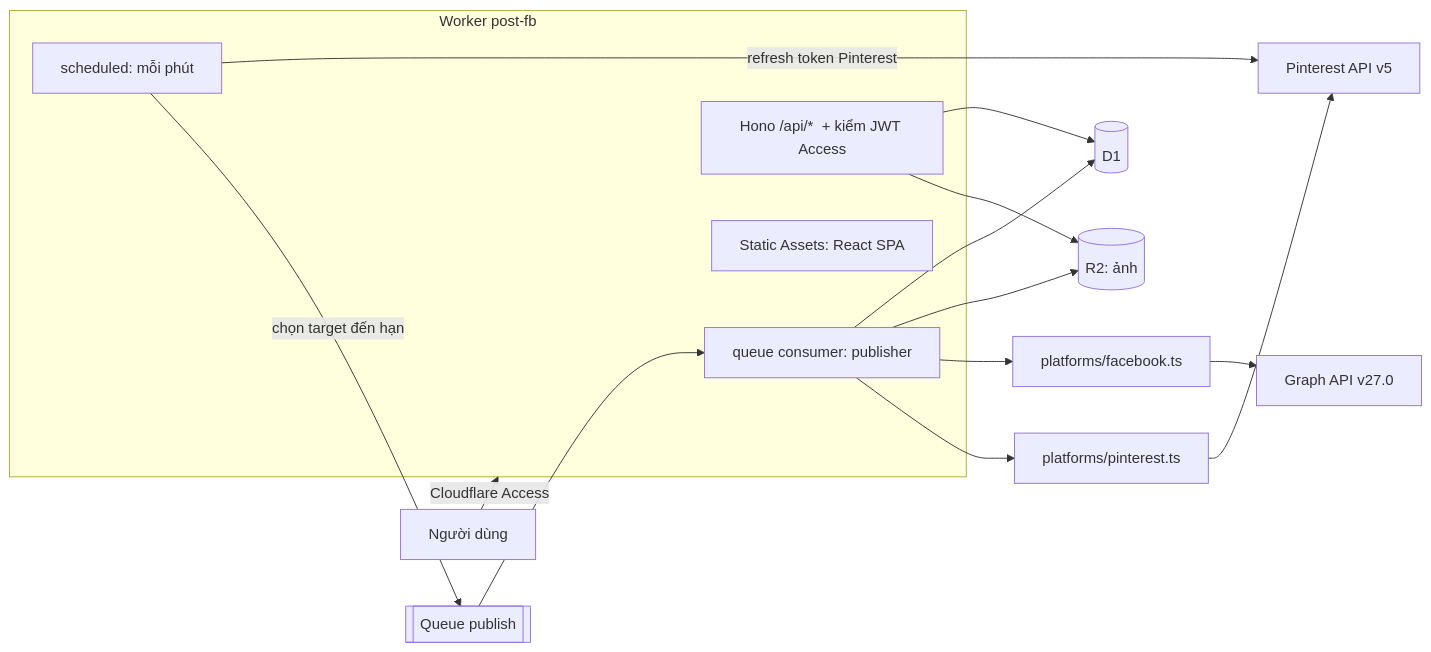
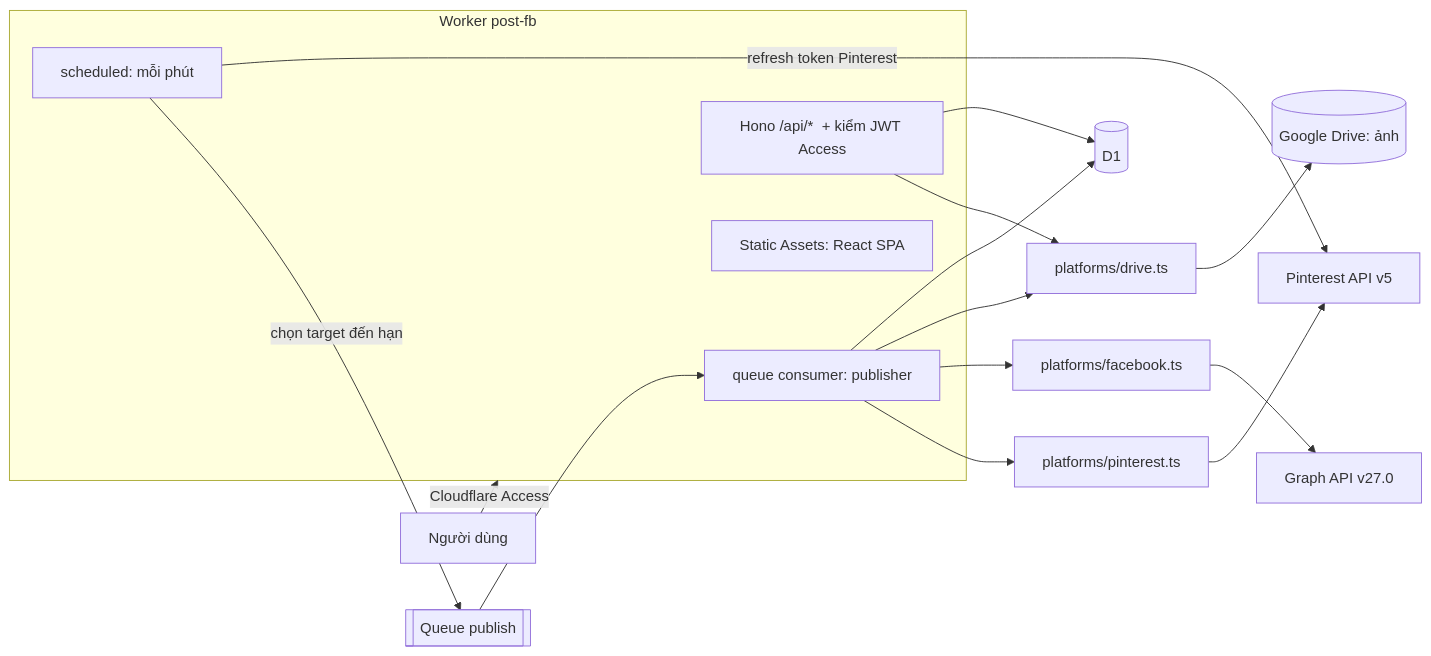
The first of 2 diagrams in PLAN.md (bina4404/post-fb), drawn with Mermaid before and after one commit. The commit also changed other lines of this file and 22 other files, not shown here.

First line of the commit message:
Store uploaded images on Google Drive instead of R2

````diff
--- a/PLAN.md
+++ b/PLAN.md
@@ -23,19 +25,19 @@
 ```mermaid
 flowchart LR
   U[Người dùng] -->|Cloudflare Access| W
   subgraph W[Worker post-fb]
     SA[Static Assets: React SPA]
     API[Hono /api/*  + kiểm JWT Access]
     CRON[scheduled: mỗi phút]
     QC[queue consumer: publisher]
   end
   API --> D1[(D1)]
-  API --> R2[(R2: ảnh)]
+  API --> GD[platforms/drive.ts] --> DRV[(Google Drive: ảnh)]
   CRON -->|refresh token Pinterest| PIN
   CRON -->|chọn target đến hạn| Q[[Queue publish]]
   Q --> QC
   QC --> D1
-  QC --> R2
+  QC --> GD
   QC --> FBA[platforms/facebook.ts] --> FB[Graph API v27.0]
   QC --> PIA[platforms/pinterest.ts] --> PIN[Pinterest API v5]
 ```
````
